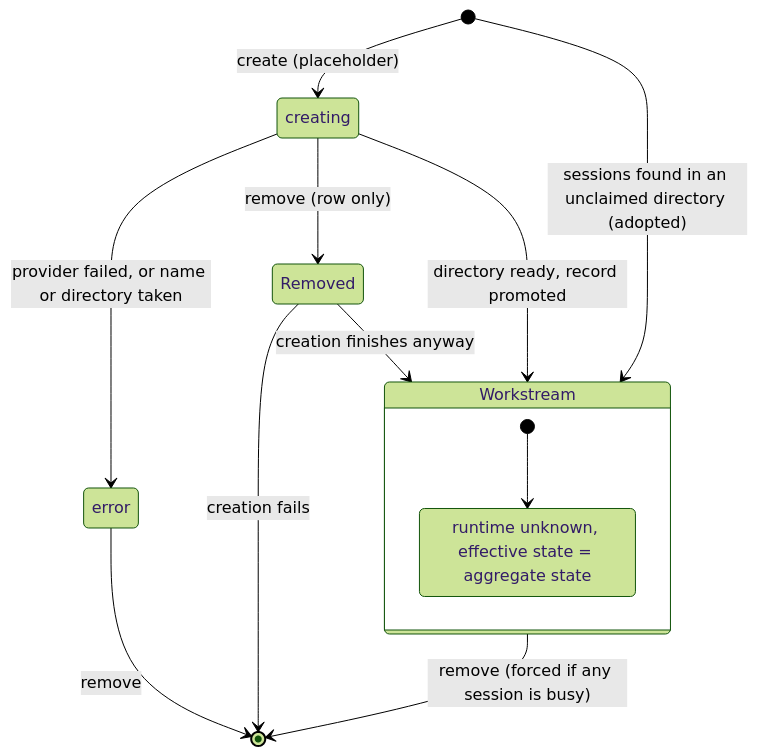
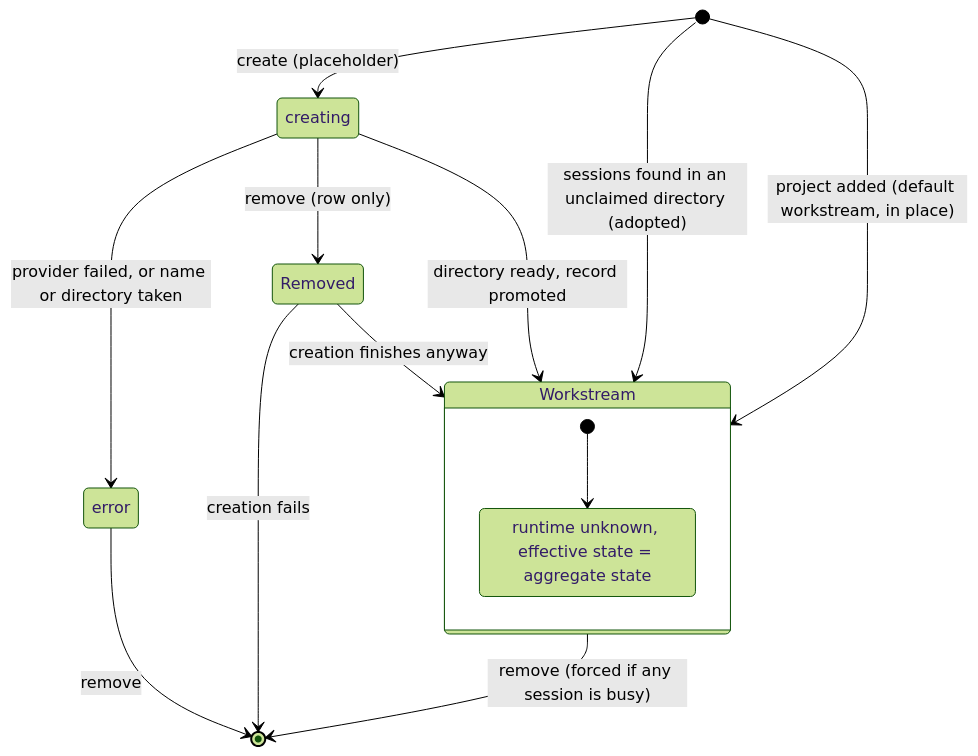
The third of 5 diagrams in docs/ARCHITECTURE.md (eclipse-enclave/homeshell), drawn with Mermaid (forest theme) before and after one commit. The commit also changed other lines of this file and 168 other files, not shown here.

First line of the commit message:
feat: Work in the project folder by default, and continue ended sessions (#6)

````diff
--- a/docs/ARCHITECTURE.md
+++ b/docs/ARCHITECTURE.md
@@ -197,18 +197,19 @@
 ```mermaid
 stateDiagram-v2
     [*] --> creating: create (placeholder)
     creating --> Workstream: directory ready, record promoted
     creating --> error: provider failed, or name or directory taken
     [*] --> Workstream: sessions found in an unclaimed directory (adopted)
+    [*] --> Workstream: project added (default workstream, in place)
 
     state Workstream {
         [*] --> unknown
         unknown: runtime unknown, effective state = aggregate state
     }
 
     error --> [*]: remove
     creating --> Removed: remove (row only)
     Removed --> Workstream: creation finishes anyway
     Removed --> [*]: creation fails
     Workstream --> [*]: remove (forced if any session is busy)
 ```
````
